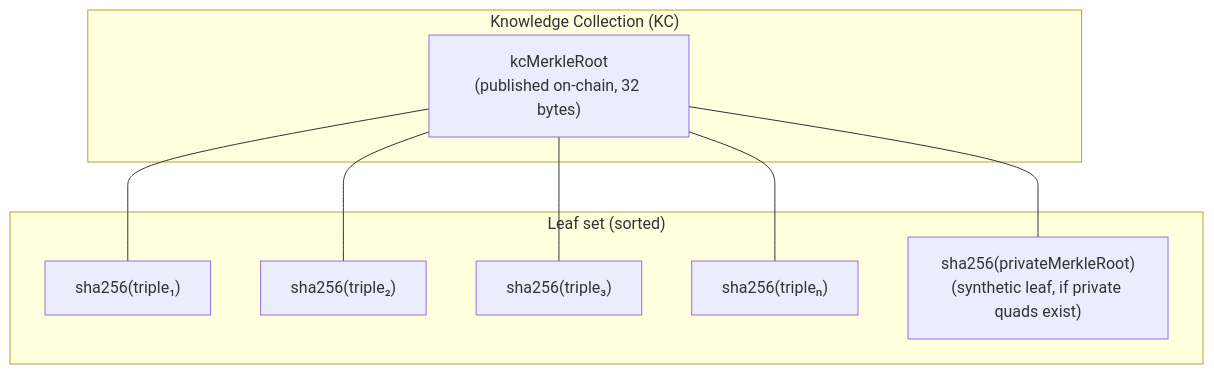
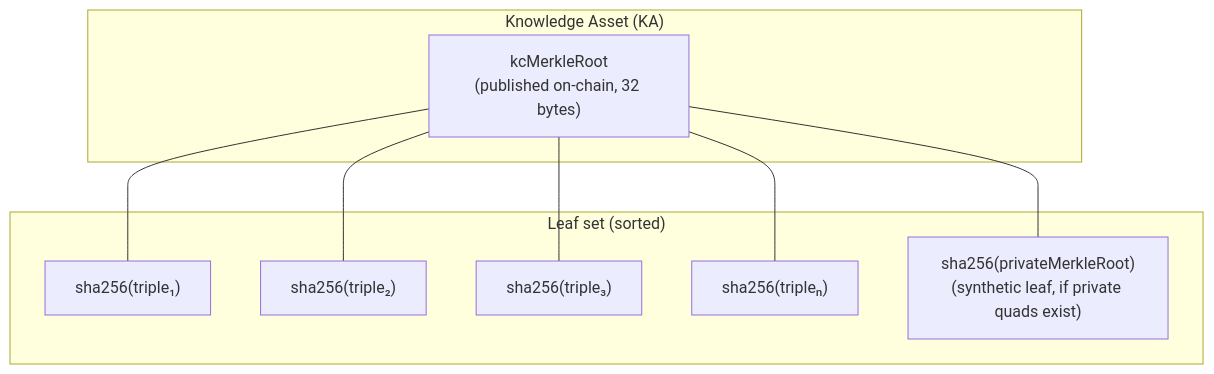
Before and after one commit to KilianTrunk/dkg: diagram 14 of 15 in docs/v9-protocol-operations.md, drawn with Mermaid. The commit also changed other lines of this file and 122 other files, not shown here.

````diff
--- a/docs/v9-protocol-operations.md
+++ b/docs/v9-protocol-operations.md
@@ -1013,20 +1013,20 @@
 ```mermaid
 graph TB
-    subgraph "Knowledge Collection (KC)"
+    subgraph "Knowledge Asset (KA)"
         KC_ROOT["kcMerkleRoot<br/>(published on-chain, 32 bytes)"]
     end
 
     subgraph "Leaf set (sorted)"
         T1["sha256(triple₁)"]
         T2["sha256(triple₂)"]
         T3["sha256(triple₃)"]
         TN["sha256(tripleₙ)"]
         PC["sha256(privateMerkleRoot)<br/>(synthetic leaf, if private quads exist)"]
     end
 
     KC_ROOT --- T1
     KC_ROOT --- T2
     KC_ROOT --- T3
     KC_ROOT --- TN
     KC_ROOT --- PC
 ```
````
